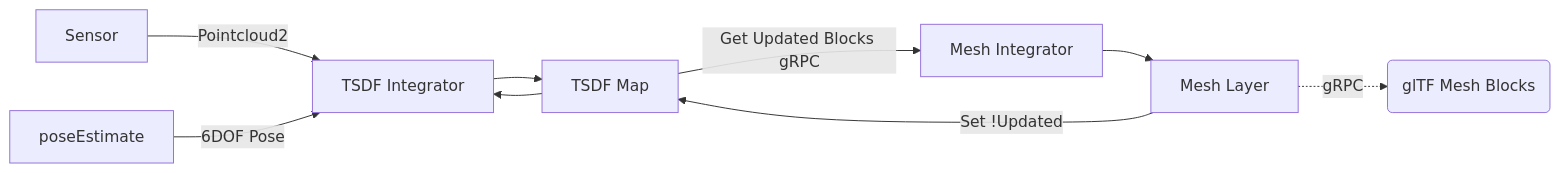
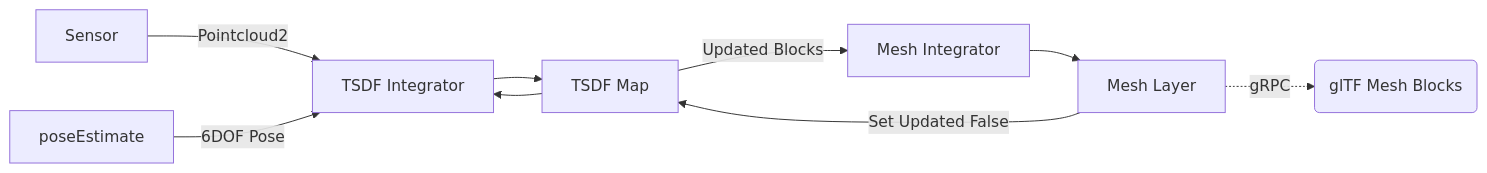
The diagram in README.md (swarmt/go-voxblox), drawn with Mermaid before and after one commit. The commit also changed other lines of this file and 6 other files, not shown here.

````diff
--- a/README.md
+++ b/README.md
@@ -10,14 +11,14 @@
 ```mermaid
 graph LR
   tsdfIntegrator[TSDF Integrator]
   tsdfMap[TSDF Map]
   meshIntegrator[Mesh Integrator]
   meshLayer[Mesh Layer]
 
   Sensor -- Pointcloud2 --> tsdfIntegrator
   poseEstimate -- 6DOF Pose --> tsdfIntegrator
   tsdfIntegrator --> tsdfMap --> tsdfIntegrator
-  tsdfMap -- Get Updated Blocks gRPC --> meshIntegrator
-  meshLayer -- Set !Updated --> tsdfMap
+  tsdfMap -- Updated Blocks --> meshIntegrator
+  meshLayer -- Set Updated False --> tsdfMap
   meshIntegrator --> meshLayer -. gRPC .-> glTF(glTF Mesh Blocks)
 ```
````
